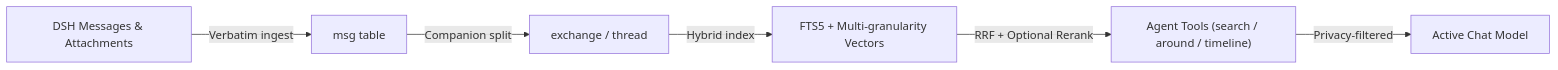
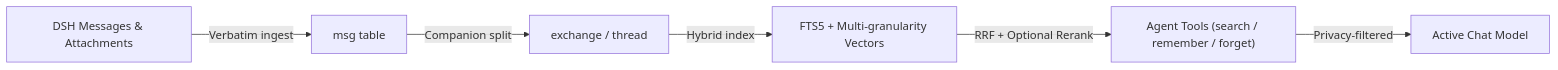
One commit to saya-ch/dsh-verbatim changed the diagram in README.en.md. Above: the diagram before and after it, drawn with Mermaid. The commit also changed other lines of this file and 31 other files, not shown here.

````diff
--- a/README.en.md
+++ b/README.en.md
@@ -117,8 +117,8 @@
 ```mermaid
 flowchart LR
   Chat["DSH Messages & Attachments"] -->|"Verbatim ingest"| Msg["msg table"]
   Msg -->|"Companion split"| Gran["exchange / thread"]
   Gran -->|"Hybrid index"| Index["FTS5 + Multi-granularity Vectors"]
-  Index -->|"RRF + Optional Rerank"| Tools["Agent Tools (search / around / timeline)"]
+  Index -->|"RRF + Optional Rerank"| Tools["Agent Tools (search / remember / forget)"]
   Tools -->|"Privacy-filtered"| Model["Active Chat Model"]
 ```
````
